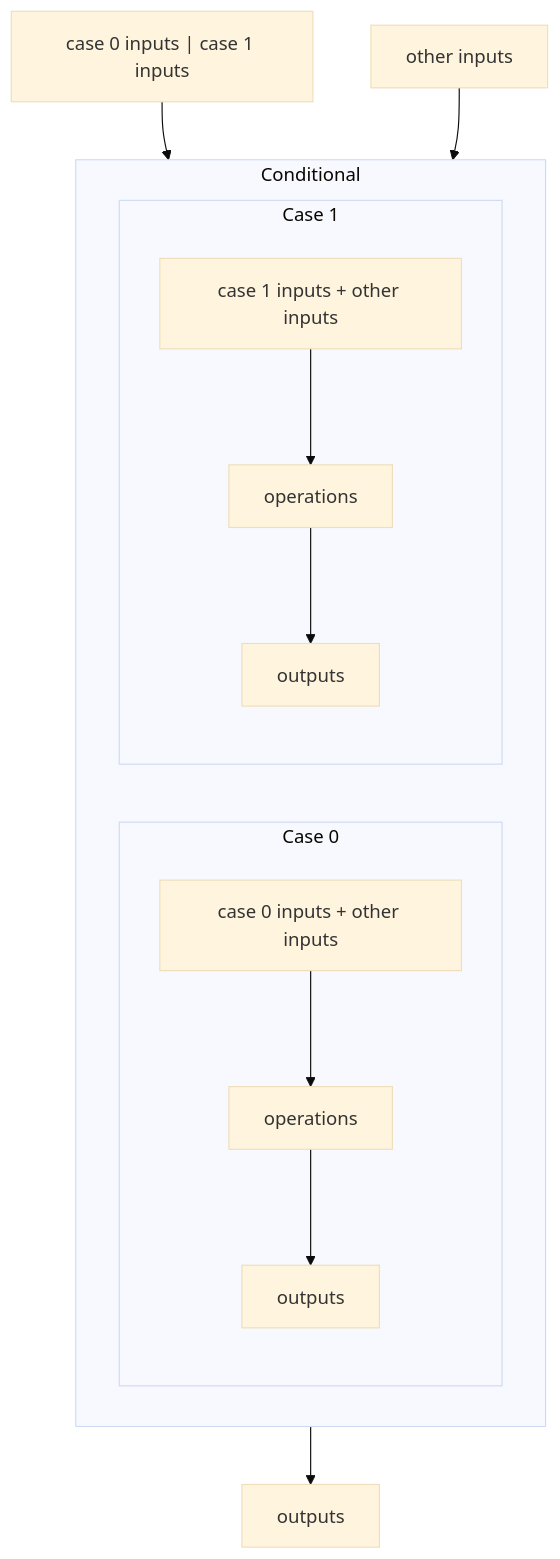
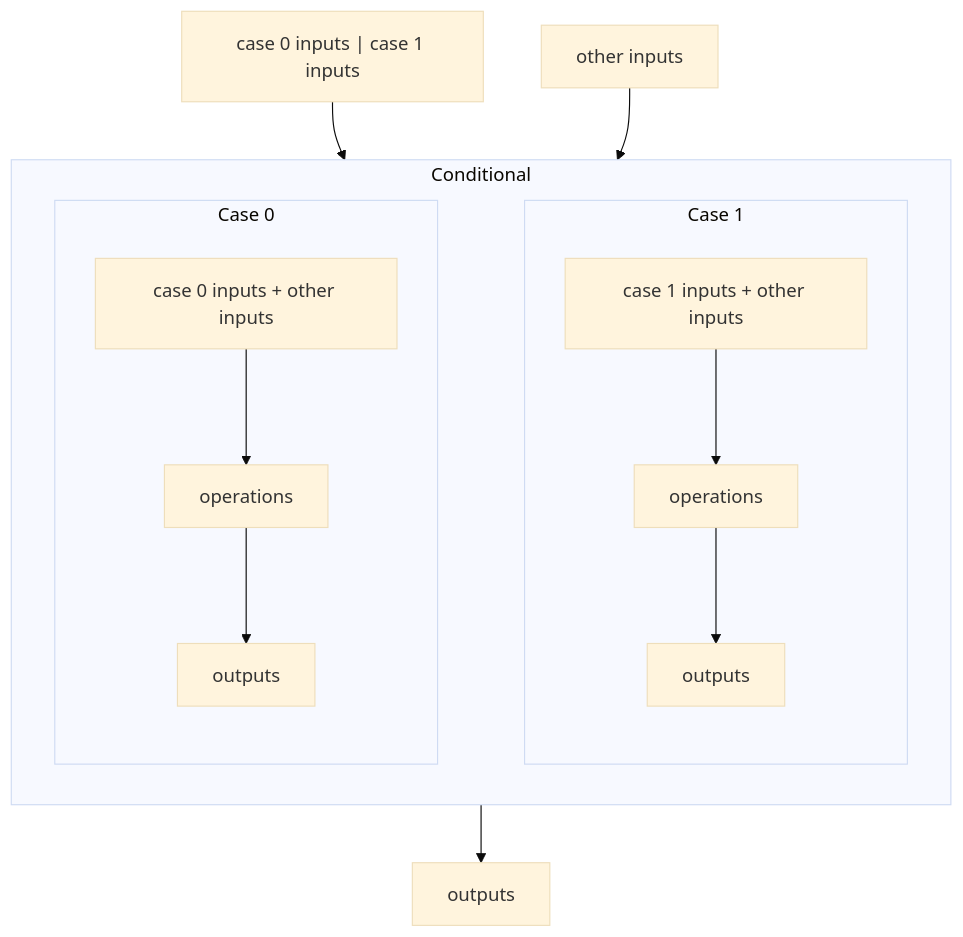
Before and after one commit to CQCL/hugr: the third of 3 diagrams in specification/hugr.md, drawn with Mermaid (base theme).

````diff
--- a/specification/hugr.md
+++ b/specification/hugr.md
@@ -367,16 +367,18 @@
 ```mermaid
 flowchart
     subgraph Conditional
+        direction LR
         subgraph Case0["Case 0"]
             C0I["case 0 inputs + other inputs"] --> op0["operations"]
             op0 --> C0O["outputs"]
         end
         subgraph Case1["Case 1"]
             C1I["case 1 inputs + other inputs"] --> op1["operations"]
             op1 --> C1O["outputs"]
         end
+        Case0 ~~~ Case1
     end
     Pred["case 0 inputs | case 1 inputs"] --> Conditional
     OI["other inputs"] --> Conditional
     Conditional --> outputs
 ```
````
